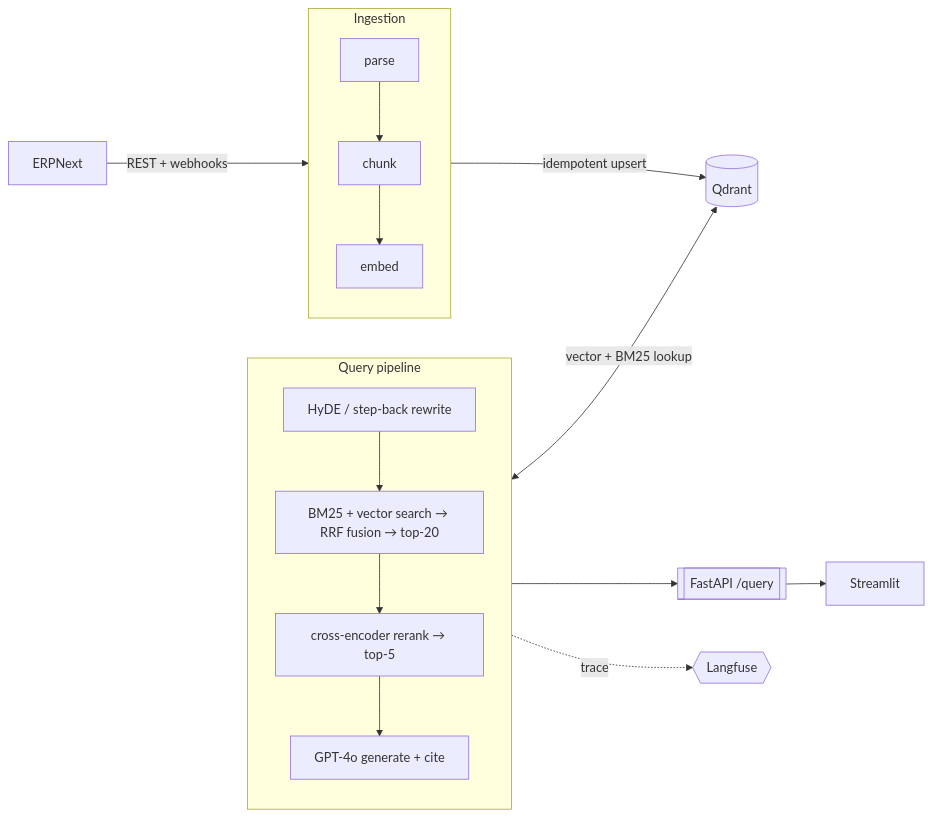
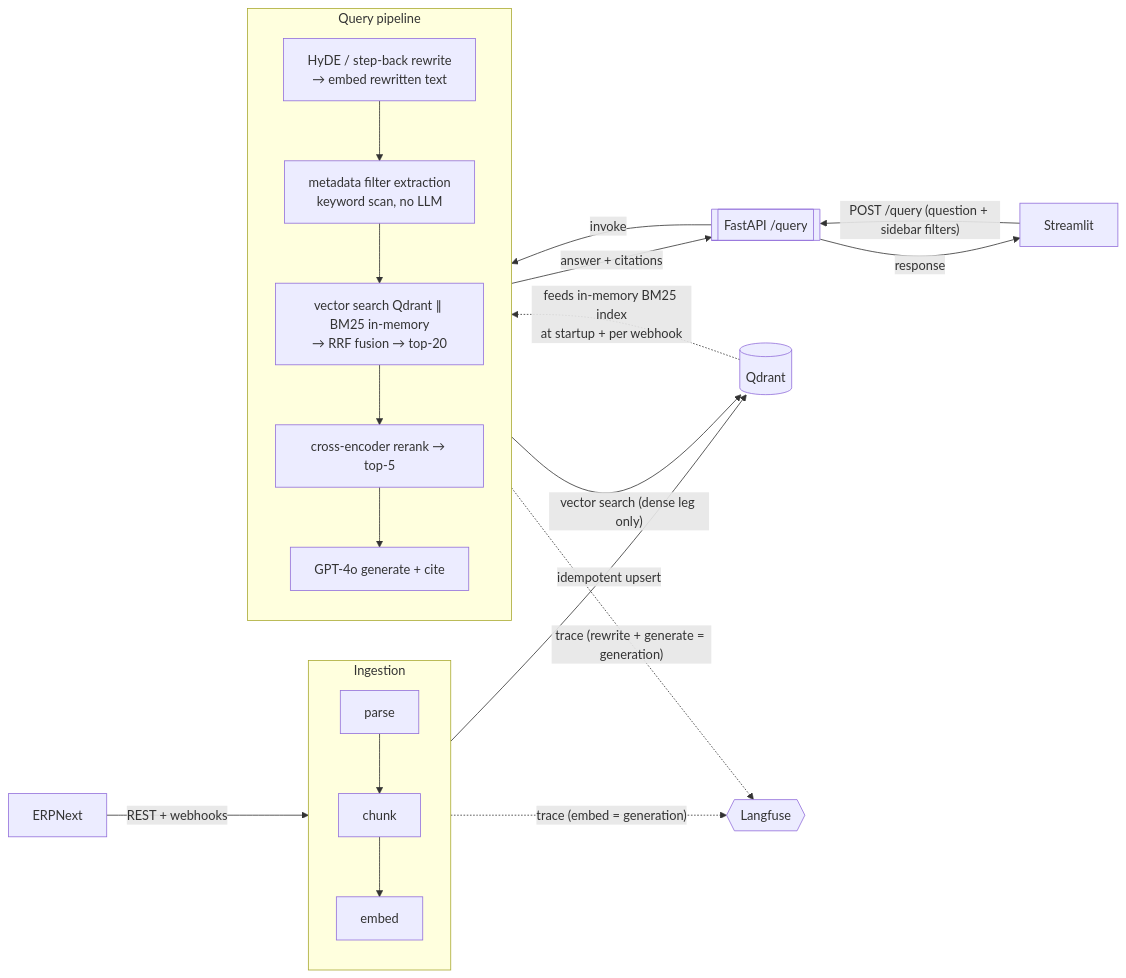
The diagram in README.md (arunjoyt/contract-intelligence), drawn with Mermaid before and after one commit. The commit also changed other lines of this file and 1 other file, not shown here.

Commit message:
docs: correct architecture diagrams — BM25 is in-memory, FastAPI is the entry point
The System Overview ASCII diagram (ARCHITECTURE.md) and the README mermaid
both implied the query pipeline queries Qdrant for BM25 and that FastAPI/
Streamlit sit downstream of the pipeline. Fixes:

- Only the dense leg of hybrid search hits Qdrant; the BM25 lexical leg is a
  separate in-memory rank_bm25 index rebuilt from Qdrant at startup and on
  every webhook (#97 tracks moving it to Qdrant sparse vectors).
- Request flow is Streamlit -> FastAPI /query -> pipeline, answer back the
  same path — FastAPI is the entry point, not a sink.
- Add the metadata-filter-extraction step and the query-embedding sub-step
  under rewrite.
- Langfuse traces both ingestion and query paths; rewrite + generate are
  generations (token cost), the rest plain spans.

Docs only — no code change.

Claude-Session: https://claude.ai/code/session_016Pcofh3BK8CAoHXcfEZoQj

````diff
--- a/README.md
+++ b/README.md
@@ -22,29 +22,37 @@
 ```mermaid
 flowchart LR
     ERP[ERPNext]
+    UI[Streamlit]
+    API[[FastAPI /query]]
 
     subgraph ING[Ingestion]
         direction TB
         PARSE[parse] --> CHUNK[chunk] --> EMBED[embed]
     end
 
     QD[(Qdrant)]
 
     subgraph QUERY[Query pipeline]
         direction TB
-        REWRITE[HyDE / step-back rewrite] --> SEARCH[BM25 + vector search → RRF fusion → top-20]
+        REWRITE["HyDE / step-back rewrite<br/>→ embed rewritten text"] --> FILT["metadata filter extraction<br/>keyword scan, no LLM"]
+        FILT --> SEARCH["vector search Qdrant ∥ BM25 in-memory<br/>→ RRF fusion → top-20"]
         SEARCH --> RERANK[cross-encoder rerank → top-5]
         RERANK --> GEN[GPT-4o generate + cite]
     end
 
-    API[[FastAPI /query]]
-    UI[Streamlit]
     LF{{Langfuse}}
 
     ERP -- "REST + webhooks" --> ING
     ING -- "idempotent upsert" --> QD
-    QUERY <-- "vector + BM25 lookup" --> QD
-    QUERY --> API
-    API --> UI
-    QUERY -. "trace" .-> LF
+
+    UI -- "POST /query (question + sidebar filters)" --> API
+    API -- "invoke" --> QUERY
+    QUERY -- "answer + citations" --> API
+    API -- "response" --> UI
+
+    SEARCH -- "vector search (dense leg only)" --> QD
+    QD -. "feeds in-memory BM25 index<br/>at startup + per webhook" .-> SEARCH
+
+    ING -. "trace (embed = generation)" .-> LF
+    QUERY -. "trace (rewrite + generate = generation)" .-> LF
 ```
````
